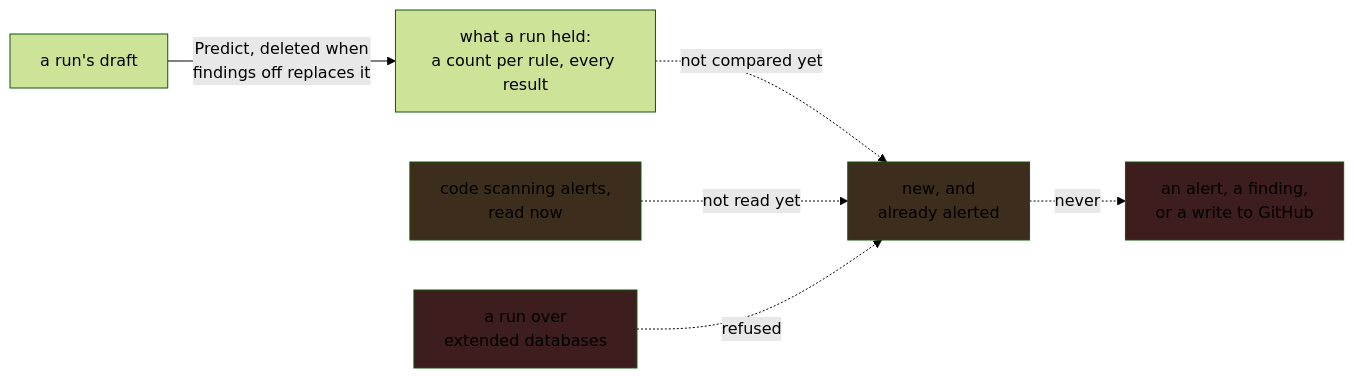
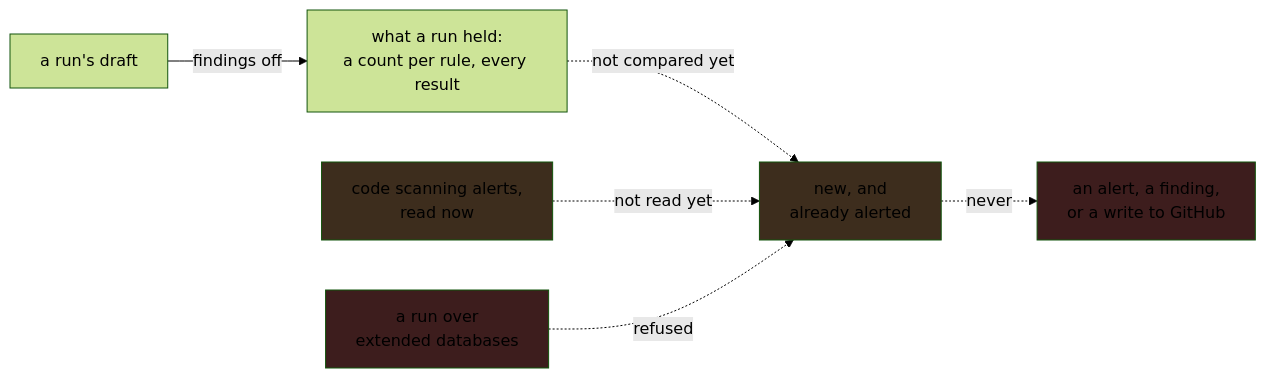
The diagram in plans/api/query-simulation.md (advanced-security/codeql-abom), drawn with Mermaid (forest theme) before and after one commit. The commit also changed other lines of this file and 167 other files, not shown here.

````diff
--- a/plans/api/query-simulation.md
+++ b/plans/api/query-simulation.md
@@ -52,12 +50,12 @@
 ```mermaid
 flowchart LR
-    DRAFT["a run's draft"] -->|"Predict, deleted when<br/>findings off replaces it"| HELD["what a run held:<br/>a count per rule, every result"]
+    DRAFT["a run's draft"] -->|"findings off"| HELD["what a run held:<br/>a count per rule, every result"]
     HELD -. "not compared yet" .-> CMP["new, and<br/>already alerted"]
     ALERTS["code scanning alerts,<br/>read now"] -. "not read yet" .-> CMP
     EXT["a run over<br/>extended databases"] -. "refused" .-> CMP
     CMP -. "never" .-> WRITE["an alert, a finding,<br/>or a write to GitHub"]
     style CMP fill:#3d2d1d
     style ALERTS fill:#3d2d1d
     style EXT fill:#3d1d1d
     style WRITE fill:#3d1d1d
 ```
````
